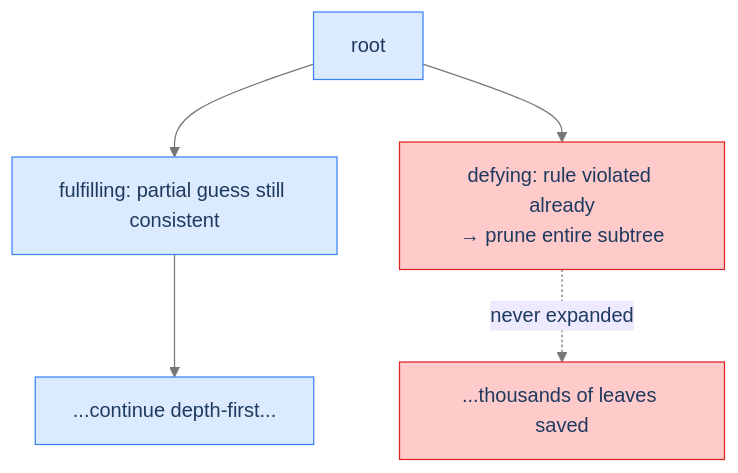
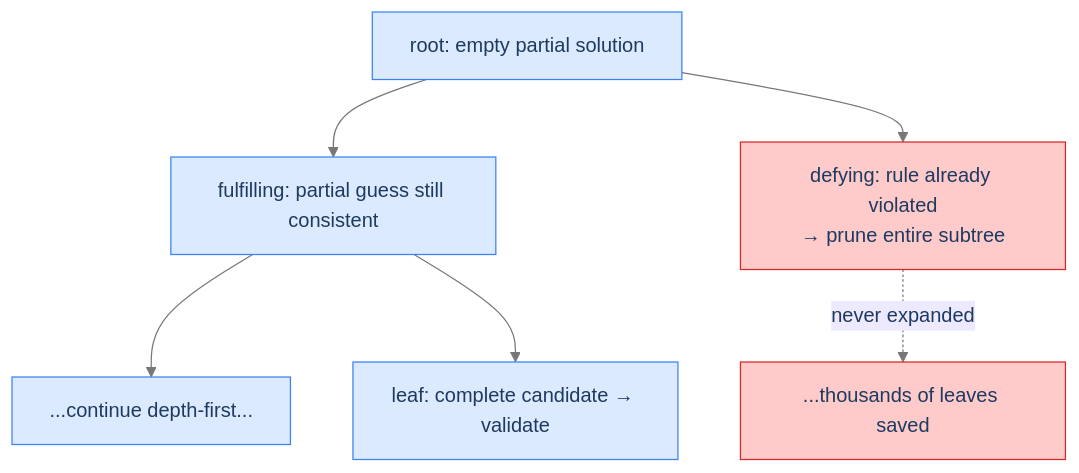
The diagram in content/cortex/data-structures-and-algorithms/05-algorithms-by-strategy/04-backtracking/01-introduction-to-backtracking.md (ani2fun/codefolio), drawn with Mermaid before and after one commit. The commit also changed other lines of this file and 1049 other files, not shown here.

````diff
--- a/content/cortex/data-structures-and-algorithms/05-algorithms-by-strategy/04-backtracking/01-introduction-to-backtracking.md
+++ b/content/cortex/data-structures-and-algorithms/05-algorithms-by-strategy/04-backtracking/01-introduction-to-backtracking.md
@@ -405,21 +71,21 @@
 ```mermaid
 ---
 config:
   theme: base
   themeVariables:
     primaryColor: "#dbeafe"
     primaryBorderColor: "#3b82f6"
     primaryTextColor: "#1e3a5f"
     lineColor: "#777777"
     secondaryColor: "#ede9fe"
     tertiaryColor: "#fef9c3"
 ---
 flowchart TB
-  R["root"] --> A["fulfilling: partial guess still consistent"]
-  R --> B["defying: rule violated already<br/>→ prune entire subtree"]
+  R["root: empty partial solution"] --> A["fulfilling: partial guess still consistent"]
+  R --> B["defying: rule already violated<br/>→ prune entire subtree"]
   B -.->|"never expanded"| Bsub["...thousands of leaves saved"]
   A --> A1["...continue depth-first..."]
-
+  A --> A2["leaf: complete candidate → validate"]
   classDef pruned fill:#fecaca,stroke:#dc2626
   class B,Bsub pruned
 ```
````
